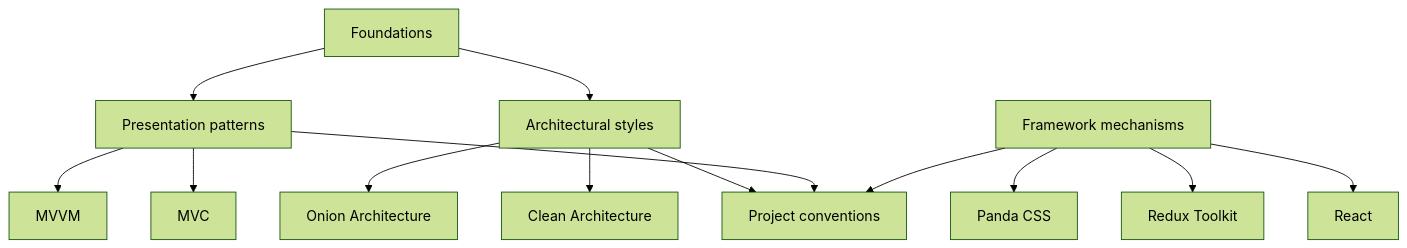
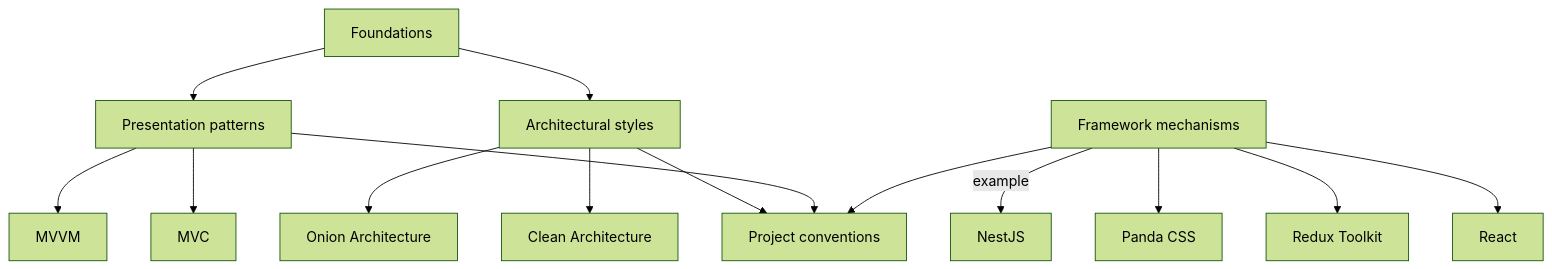
Before and after one commit to AndresTaoFlorez/software-architecture: the diagram in README.md, drawn with Mermaid (forest theme). The commit also changed other lines of this file and 24 other files, not shown here.

Commit message:
docs: add TypeScript-first backend architecture track

````diff
--- a/README.md
+++ b/README.md
@@ -44,22 +46,23 @@
 ```mermaid
 flowchart TD
     F["Foundations"]
     A["Architectural styles"]
     P["Presentation patterns"]
     M["Framework mechanisms"]
     C["Project conventions"]
 
     F --> A
     F --> P
     A --> C
     P --> C
     M --> C
 
     A --> CLEAN["Clean Architecture"]
     A --> ONION["Onion Architecture"]
     P --> MVC["MVC"]
     P --> MVVM["MVVM"]
     M --> REACT["React"]
     M --> REDUX["Redux Toolkit"]
     M --> PANDA["Panda CSS"]
+    M -->|"example"| NEST["NestJS"]
 ```
````
